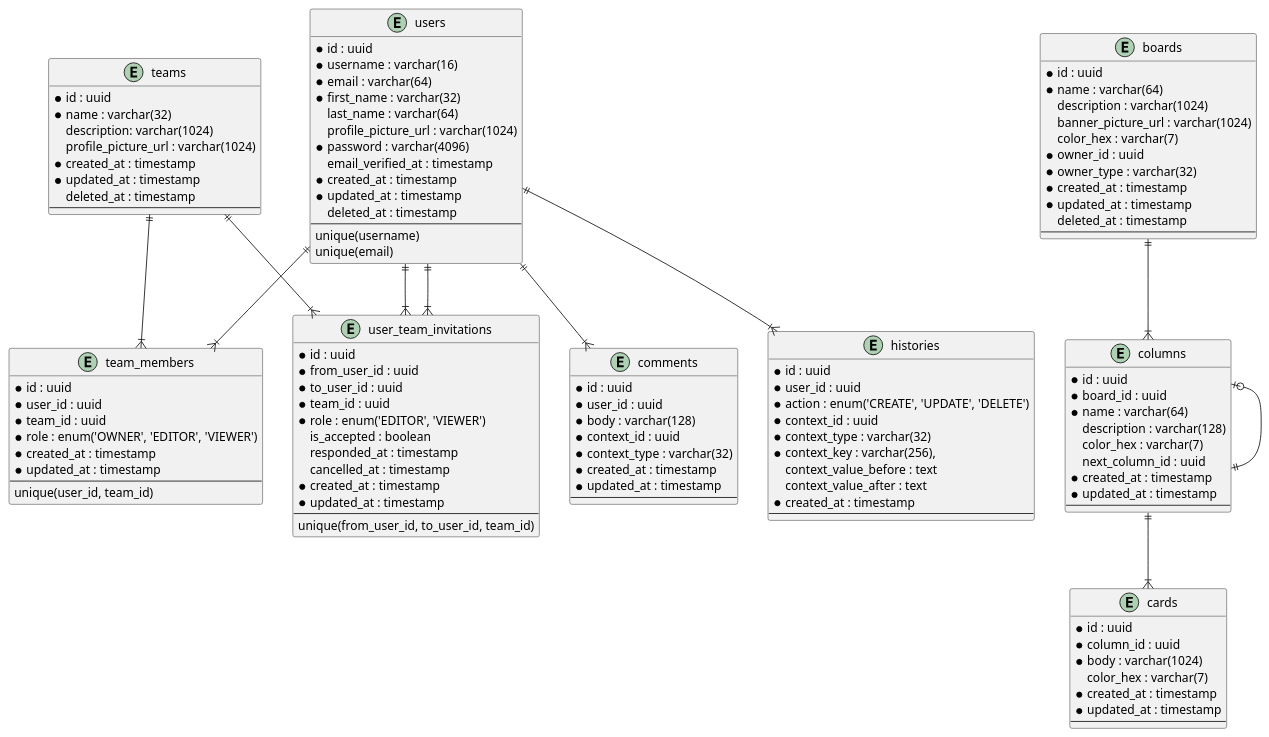
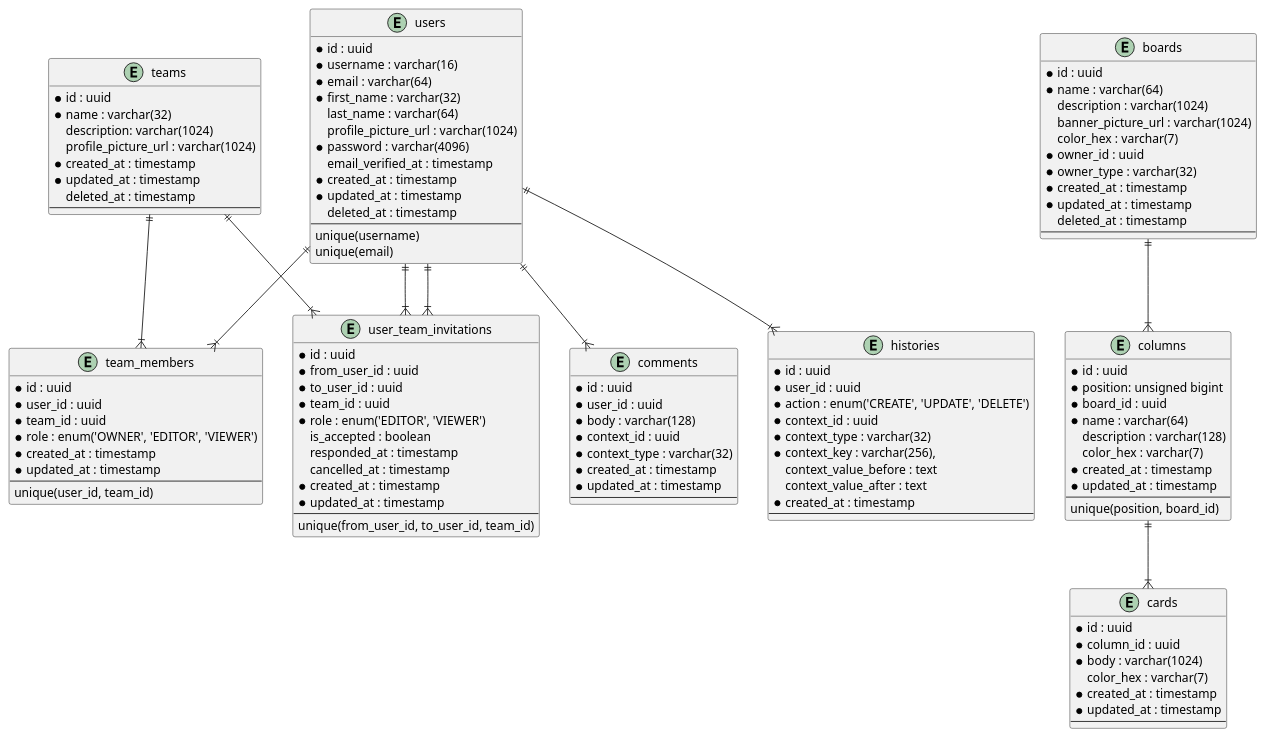
One commit to stackpan/tasque-server changed the diagram in docs/database/schema.puml. Above: the diagram before and after it, drawn with PlantUML.

Commit message:
Database schema 1.5

```diff
--- a/docs/database/schema.puml
+++ b/docs/database/schema.puml
@@ -1,128 +1,128 @@
 @startuml Tasque database schema
 
 entity users {
     * id : uuid
     * username : varchar(16)
     * email : varchar(64)
     * first_name : varchar(32)
     last_name : varchar(64)
     profile_picture_url : varchar(1024)
     * password : varchar(4096)
     email_verified_at : timestamp
     * created_at : timestamp
     * updated_at : timestamp
     deleted_at : timestamp
     --
     unique(username)
     unique(email)
 }
 
 entity teams {
     * id : uuid
     * name : varchar(32)
     description: varchar(1024)
     profile_picture_url : varchar(1024)
     * created_at : timestamp
     * updated_at : timestamp
     deleted_at : timestamp
     --
 }
 
 entity team_members {
     * id : uuid
     * user_id : uuid
     * team_id : uuid
     * role : enum('OWNER', 'EDITOR', 'VIEWER')
     * created_at : timestamp
     * updated_at : timestamp
     --
     unique(user_id, team_id)
 }
 
 entity user_team_invitations {
     * id : uuid
     * from_user_id : uuid
     * to_user_id : uuid
     * team_id : uuid
     * role : enum('EDITOR', 'VIEWER')
     is_accepted : boolean
     responded_at : timestamp
     cancelled_at : timestamp
     * created_at : timestamp
     * updated_at : timestamp
     --
     unique(from_user_id, to_user_id, team_id)
 }
 
 entity boards {
     * id : uuid
     * name : varchar(64)
     description : varchar(1024)
     banner_picture_url : varchar(1024)
     color_hex : varchar(7)
     * owner_id : uuid
     * owner_type : varchar(32)
     * created_at : timestamp
     * updated_at : timestamp
     deleted_at : timestamp
     --
 }
 
 entity columns {
     * id : uuid
+    * position: unsigned bigint
     * board_id : uuid
     * name : varchar(64)
     description : varchar(128)
     color_hex : varchar(7)
-    next_column_id : uuid
     * created_at : timestamp
     * updated_at : timestamp
     --
+    unique(position, board_id)
 }
 
 entity cards {
     * id : uuid
     * column_id : uuid
     * body : varchar(1024)
     color_hex : varchar(7)
     * created_at : timestamp
     * updated_at : timestamp
     --
 }
 
 entity comments {
     * id : uuid
     * user_id : uuid
     * body : varchar(128)
     * context_id : uuid
     * context_type : varchar(32)
     * created_at : timestamp
     * updated_at : timestamp
     --
 }
 
 entity histories {
     * id : uuid
     * user_id : uuid
     * action : enum('CREATE', 'UPDATE', 'DELETE')
     * context_id : uuid
     * context_type : varchar(32)
     * context_key : varchar(256),
     context_value_before : text
     context_value_after : text
     * created_at : timestamp
     --
 }
 
 users ||--|{ team_members
 teams ||--|{ team_members
 users ||--|{ user_team_invitations
 users ||--|{ user_team_invitations
 teams ||--|{ user_team_invitations
 boards ||--|{ columns
-columns |o--|| columns
 columns ||--|{ cards
 users ||--|{ comments
 users ||--|{ histories
 
 @enduml
```
